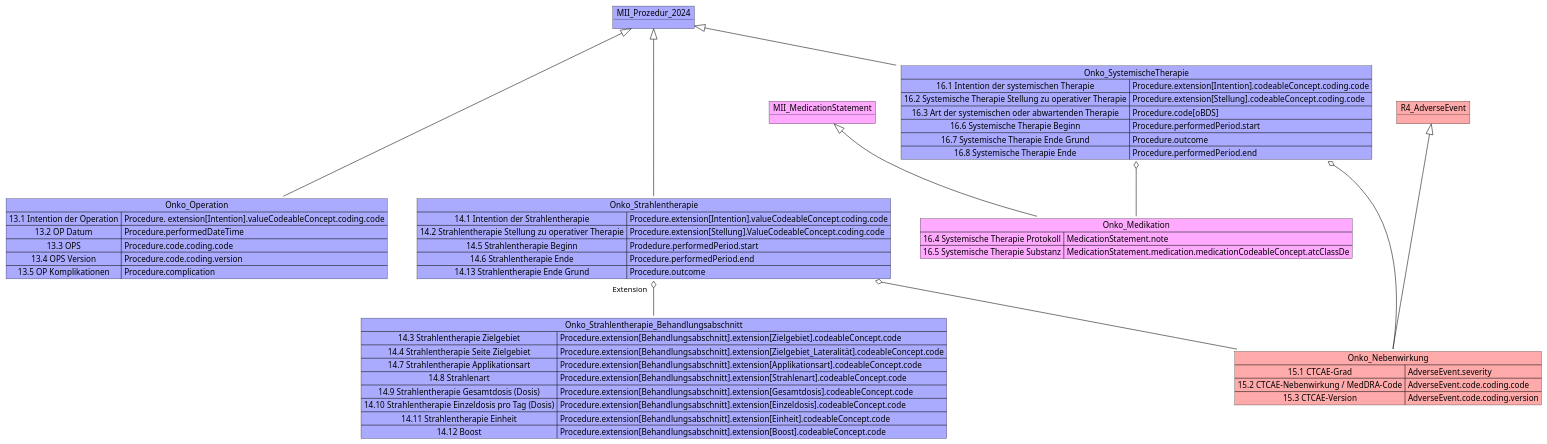
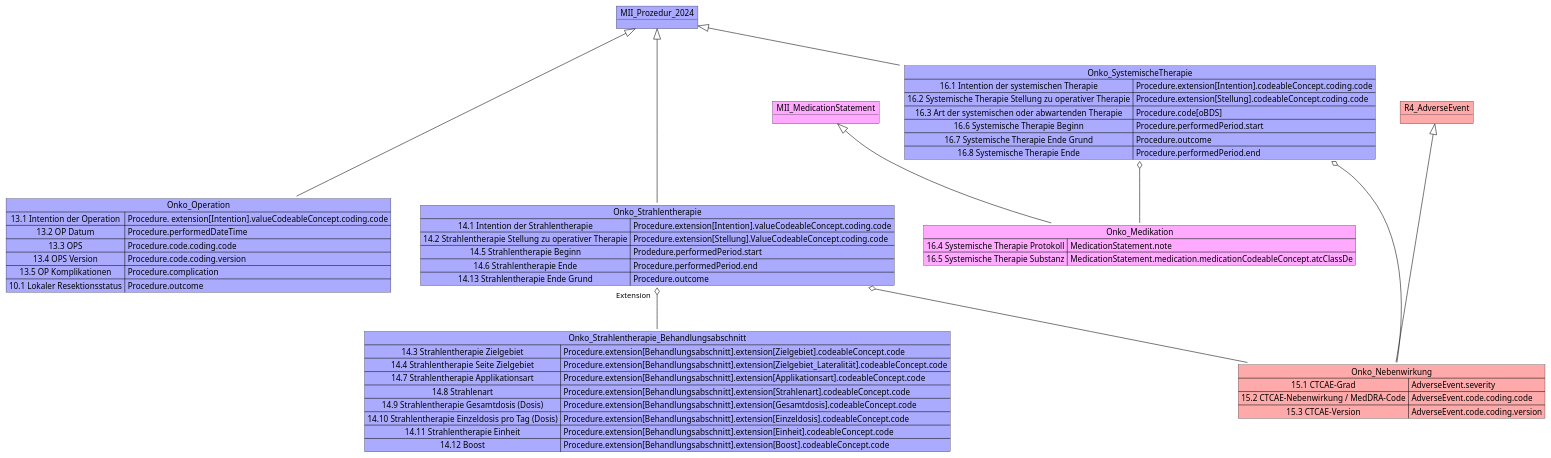
The diagram in information_model/MII_Onko_13-16_Prozeduren.pu (medizininformatik-initiative/kerndatensatzmodul-onkologie), drawn with PlantUML before and after one commit. The commit also changed 2 other files, not shown here.

Commit message:
added uml diagram of last modules

```diff
--- a/information_model/MII_Onko_13-16_Prozeduren.pu
+++ b/information_model/MII_Onko_13-16_Prozeduren.pu
@@ -1,71 +1,72 @@
 @startuml MII KDS Erweiterungsmodul Onkologie
 object MII_Prozedur_2024 #AAAAFF
 Map Onko_Operation #AAAAFF{
 13.1 Intention der Operation => Procedure. extension[Intention].valueCodeableConcept.coding.code
 13.2 OP Datum => Procedure.performedDateTime
 13.3 OPS => Procedure.code.coding.code 
-13.4 OPS Version=> Procedure.code.coding.version
+13.4 OPS Version => Procedure.code.coding.version
 13.5 OP Komplikationen => Procedure.complication
+10.1 Lokaler Resektionsstatus => Procedure.outcome
 }
 Map Onko_Strahlentherapie #AAAAFF{
 14.1 Intention der Strahlentherapie => Procedure.extension[Intention].valueCodeableConcept.coding.code
 14.2 Strahlentherapie Stellung zu operativer Therapie => Procedure.extension[Stellung].ValueCodeableConcept.coding.code
 
 14.5 Strahlentherapie Beginn => Prodedure.performedPeriod.start
 14.6 Strahlentherapie Ende =>Procedure.performedPeriod.end
 14.13 Strahlentherapie Ende Grund => Procedure.outcome
 }
 
 Map Onko_Strahlentherapie_Behandlungsabschnitt #AAAAFF{
 14.3 Strahlentherapie Zielgebiet => Procedure.extension[Behandlungsabschnitt].extension[Zielgebiet].codeableConcept.code
 14.4 Strahlentherapie Seite Zielgebiet => Procedure.extension[Behandlungsabschnitt].extension[Zielgebiet_Lateralität].codeableConcept.code
 14.7 Strahlentherapie Applikationsart => Procedure.extension[Behandlungsabschnitt].extension[Applikationsart].codeableConcept.code
 14.8 Strahlenart => Procedure.extension[Behandlungsabschnitt].extension[Strahlenart].codeableConcept.code
 14.9 Strahlentherapie Gesamtdosis (Dosis) => Procedure.extension[Behandlungsabschnitt].extension[Gesamtdosis].codeableConcept.code
 14.10 Strahlentherapie Einzeldosis pro Tag (Dosis) =>Procedure.extension[Behandlungsabschnitt].extension[Einzeldosis].codeableConcept.code
 14.11 Strahlentherapie Einheit =>Procedure.extension[Behandlungsabschnitt].extension[Einheit].codeableConcept.code
 14.12 Boost=>Procedure.extension[Behandlungsabschnitt].extension[Boost].codeableConcept.code
 }
 
 Onko_Strahlentherapie "Extension   " o-- Onko_Strahlentherapie_Behandlungsabschnitt
 
 Map Onko_SystemischeTherapie #AAAAFF{
 16.1 Intention der systemischen Therapie => Procedure.extension[Intention].codeableConcept.coding.code
 16.2 Systemische Therapie Stellung zu operativer Therapie => Procedure.extension[Stellung].codeableConcept.coding.code
 16.3 Art der systemischen oder abwartenden Therapie => Procedure.code[oBDS]
 16.6 Systemische Therapie Beginn => Procedure.performedPeriod.start
 
 16.7 Systemische Therapie Ende Grund => Procedure.outcome 
 
 16.8 Systemische Therapie Ende => Procedure.performedPeriod.end
 }
 
 Map Onko_Medikation #FFAAFF{
 
 16.4 Systemische Therapie Protokoll => MedicationStatement.note
 
 16.5 Systemische Therapie Substanz => MedicationStatement.medication.medicationCodeableConcept.atcClassDe
 
 }
 object MII_MedicationStatement #FFAAFF
 MII_MedicationStatement <|-- Onko_Medikation
 Onko_SystemischeTherapie o-- Onko_Medikation
 
 MII_Prozedur_2024 <|--- Onko_Operation
 MII_Prozedur_2024 <|--- Onko_Strahlentherapie
 MII_Prozedur_2024 <|-- Onko_SystemischeTherapie
 
 object R4_AdverseEvent #FFAAAA
 
 Map Onko_Nebenwirkung #FFAAAA{
     15.1 CTCAE-Grad => AdverseEvent.severity
     15.2 CTCAE-Nebenwirkung / MedDRA-Code => AdverseEvent.code.coding.code 
     15.3 CTCAE-Version => AdverseEvent.code.coding.version
 }
 R4_AdverseEvent <|--- Onko_Nebenwirkung
 
 
 Onko_Strahlentherapie o-- Onko_Nebenwirkung
 Onko_SystemischeTherapie o-- Onko_Nebenwirkung
 
 @enduml
```
